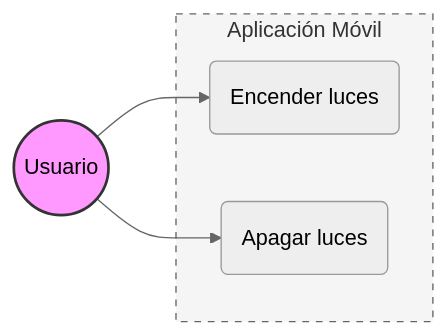
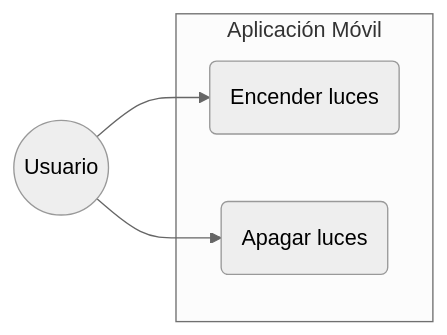
One commit to jramonnv0786-prog/Actividades-Casos-De-Uso changed the first of 3 diagrams in README.md. Above: the diagram before and after it, drawn with Mermaid (neutral theme). The commit also changed other lines of this file, not shown here.

Commit message:
Ejercicio 3 diagrama

````diff
--- a/README.md
+++ b/README.md
@@ -7,19 +7,16 @@
 ```mermaid
 graph LR
     %% Definición del Actor con estilo de nodo circular
     Usuario((Usuario))
 
     %% Límite del Sistema
     subgraph App_Iluminacion [Aplicación Móvil]
         UC1(Encender luces)
         UC2(Apagar luces)
     end
 
     %% Relaciones de interacción
     Usuario --> UC1
     Usuario --> UC2
 
-    %% Estética opcional: Colores para diferenciar
-    style Usuario fill:#f9f,stroke:#333,stroke-width:2px
-    style App_Iluminacion fill:#f5f5f5,stroke:#666,stroke-dasharray: 5 5
 ```
````
